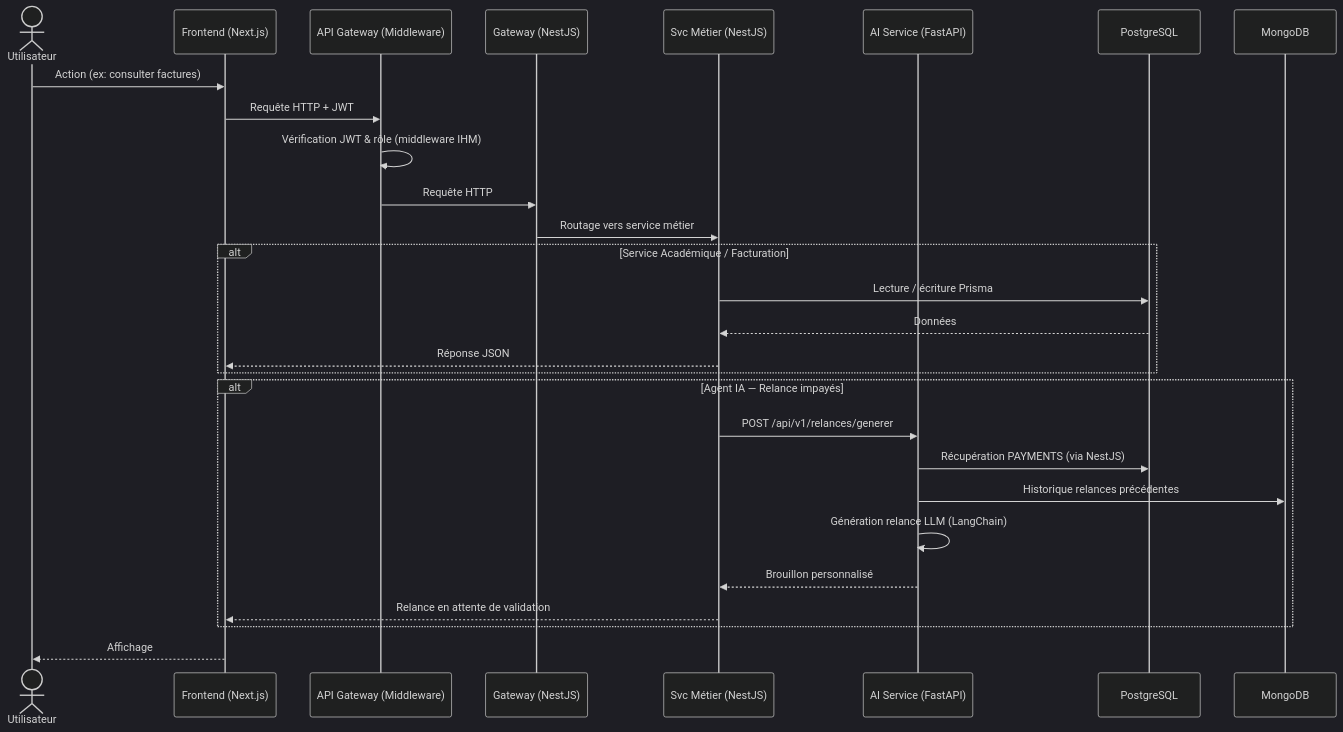
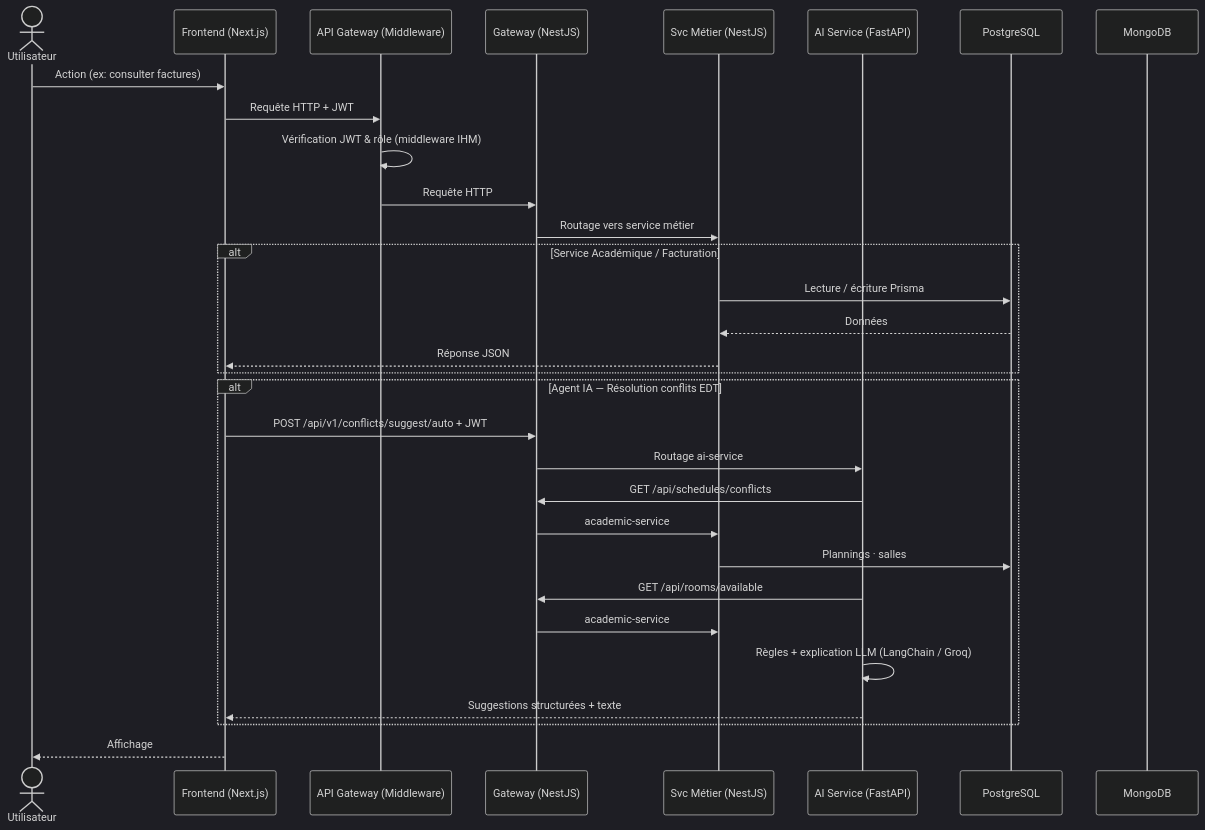
The second of 4 diagrams in docs/architecture-soa.md (novacampus-alliance/novacampus_alliance), drawn with Mermaid (dark theme) before and after one commit. The commit also changed other lines of this file and 38 other files, not shown here.

First line of the commit message:
feat(m7): agent IA resolution des conflits EDT

````diff
--- a/docs/architecture-soa.md
+++ b/docs/architecture-soa.md
@@ -58,34 +57,37 @@
 ```mermaid
 sequenceDiagram
     actor U as Utilisateur
     participant F as Frontend (Next.js)
     participant G as API Gateway (Middleware)
     participant G2 as Gateway (NestJS)
     participant B as Svc Métier (NestJS)
     participant A as AI Service (FastAPI)
     participant P as PostgreSQL
     participant M as MongoDB
 
     U->>F: Action (ex: consulter factures)
     F->>G: Requête HTTP + JWT
     G->>G: Vérification JWT & rôle (middleware IHM)
     G->>G2: Requête HTTP
     G2->>B: Routage vers service métier
 
     alt Service Académique / Facturation
         B->>P: Lecture / écriture Prisma
         P-->>B: Données
         B-->>F: Réponse JSON
     end
 
-    alt Agent IA — Relance impayés
-        B->>A: POST /api/v1/relances/generer
-        A->>P: Récupération PAYMENTS (via NestJS)
-        A->>M: Historique relances précédentes
-        A->>A: Génération relance LLM (LangChain)
-        A-->>B: Brouillon personnalisé
-        B-->>F: Relance en attente de validation
+    alt Agent IA — Résolution conflits EDT
+        F->>G2: POST /api/v1/conflicts/suggest/auto + JWT
+        G2->>A: Routage ai-service
+        A->>G2: GET /api/schedules/conflicts
+        G2->>B: academic-service
+        B->>P: Plannings · salles
+        A->>G2: GET /api/rooms/available
+        G2->>B: academic-service
+        A->>A: Règles + explication LLM (LangChain / Groq)
+        A-->>F: Suggestions structurées + texte
     end
 
     F-->>U: Affichage
 ```
````
